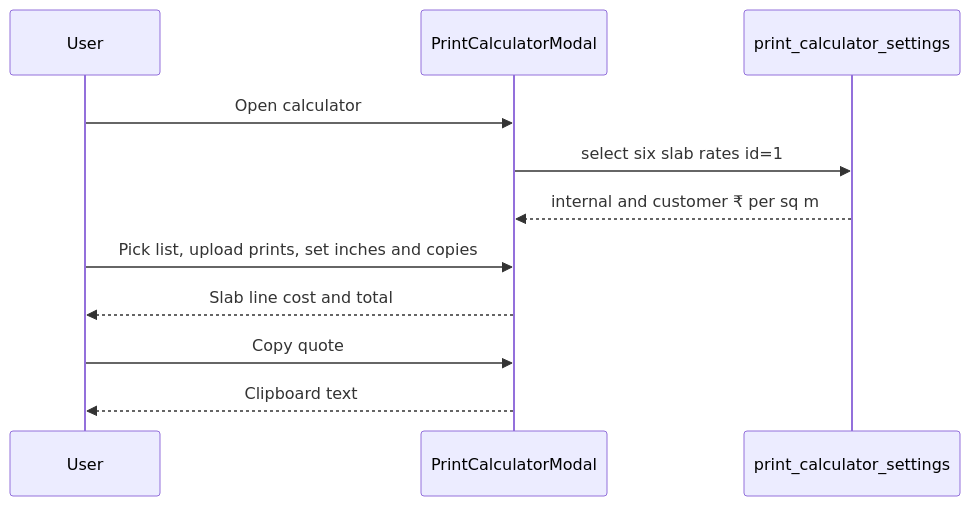
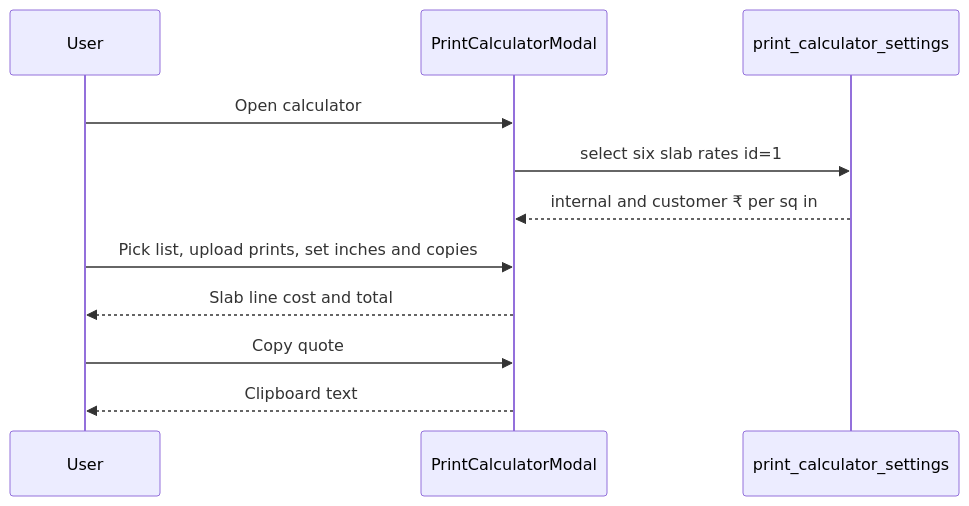
One commit to Mayur8291/Printing-Tracker changed the second of 52 diagrams in docs/FLOWCHARTS.md. Above: the diagram before and after it, drawn with Mermaid. The commit also changed other lines of this file and 11 other files, not shown here.

````diff
--- a/docs/FLOWCHARTS.md
+++ b/docs/FLOWCHARTS.md
@@ -20,13 +19,13 @@
 ```mermaid
 sequenceDiagram
   participant User
   participant Modal as PrintCalculatorModal
   participant Db as print_calculator_settings
   User->>Modal: Open calculator
   Modal->>Db: select six slab rates id=1
-  Db-->>Modal: internal and customer ₹ per sq m
+  Db-->>Modal: internal and customer ₹ per sq in
   User->>Modal: Pick list, upload prints, set inches and copies
   Modal-->>User: Slab line cost and total
   User->>Modal: Copy quote
   Modal-->>User: Clipboard text
 ```
````
